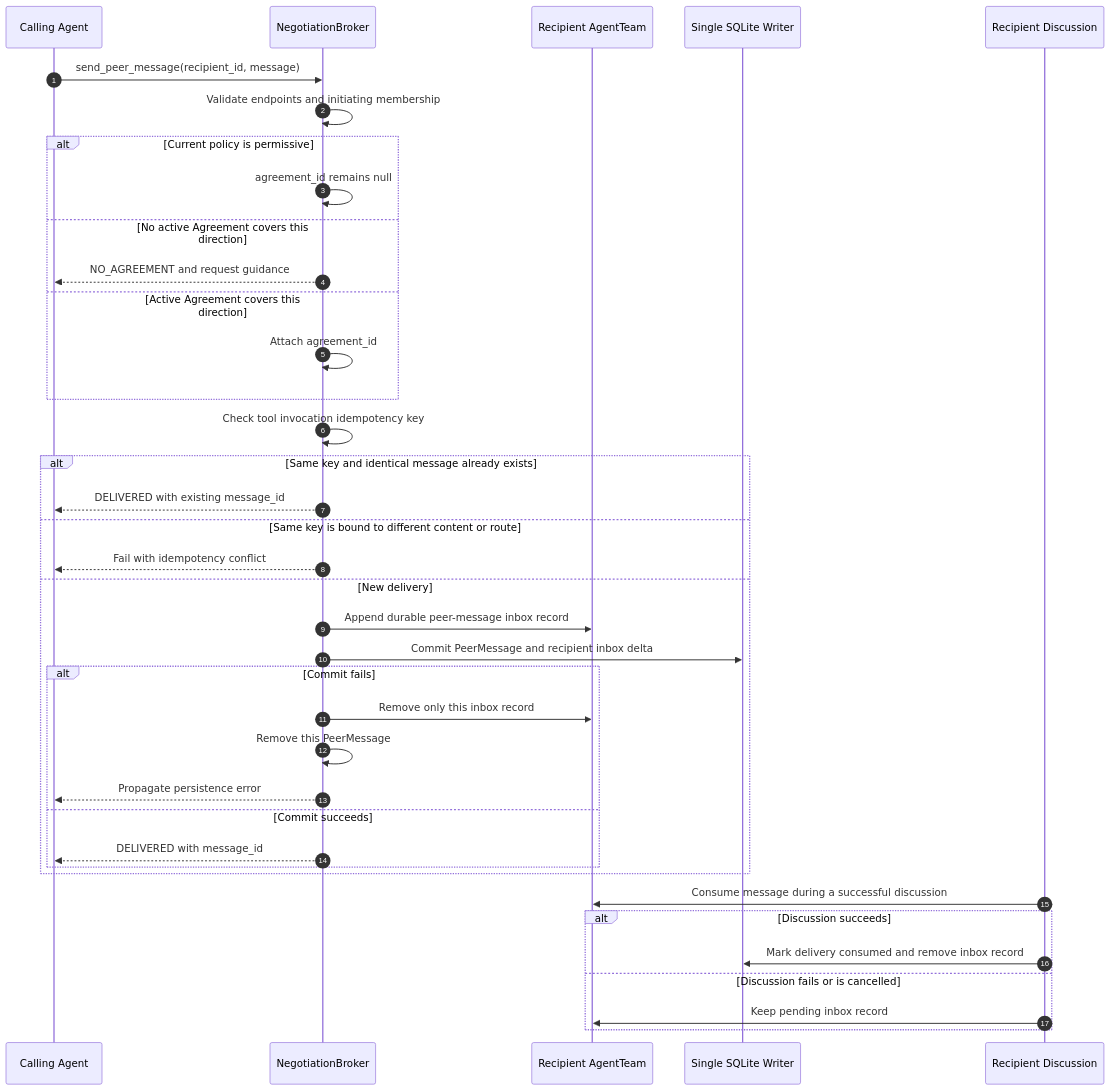
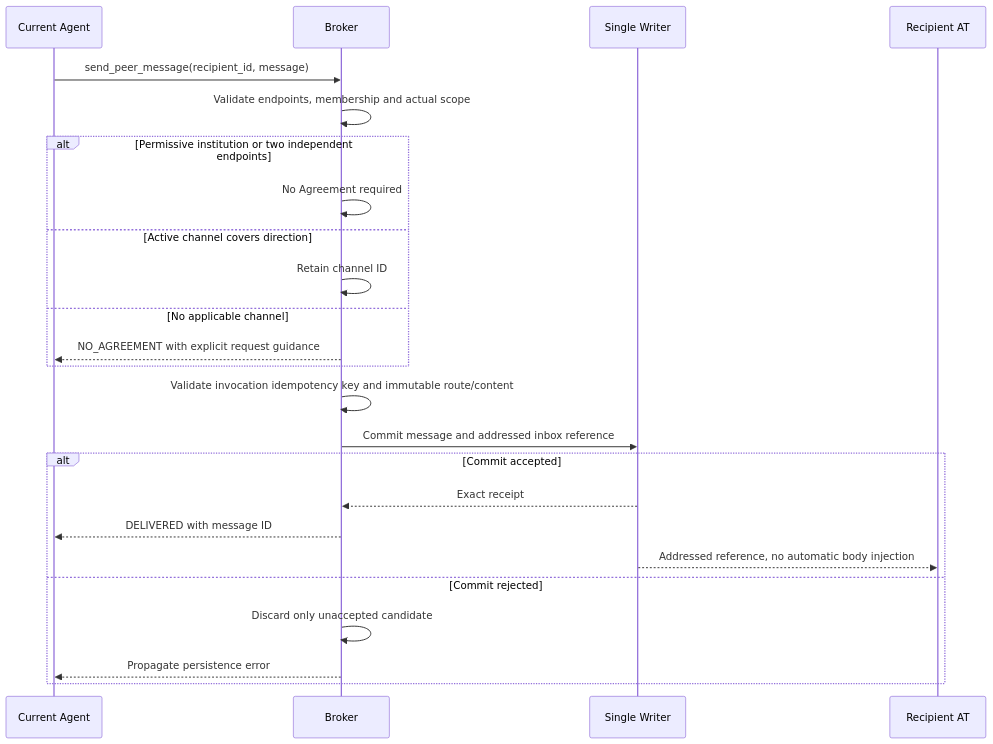
Before and after one commit to AI-Team-Team/AI-Team-Team: the seventh of 9 diagrams in docs/flowcharts/Autonomous_Communication_Governance.md, drawn with Mermaid. The commit also changed other lines of this file and 310 other files, not shown here.

````diff
--- a/docs/flowcharts/Autonomous_Communication_Governance.md
+++ b/docs/flowcharts/Autonomous_Communication_Governance.md
@@ -324,41 +252,26 @@
 ```mermaid
 sequenceDiagram
-    autonumber
-    participant Agent as Calling Agent
-    participant Broker as NegotiationBroker
-    participant Recipient as Recipient AgentTeam
-    participant DB as Single SQLite Writer
-    participant Discussion as Recipient Discussion
-
-    Agent->>Broker: send_peer_message(recipient_id, message)
-    Broker->>Broker: Validate endpoints and initiating membership
-    alt Current policy is permissive
-        Broker->>Broker: agreement_id remains null
-    else No active Agreement covers this direction
-        Broker-->>Agent: NO_AGREEMENT and request guidance
-    else Active Agreement covers this direction
-        Broker->>Broker: Attach agreement_id
+    participant Person as Current Agent
+    participant Broker
+    participant Writer as Single Writer
+    participant Recipient as Recipient AT
+    Person->>Broker: send_peer_message(recipient_id, message)
+    Broker->>Broker: Validate endpoints, membership and actual scope
+    alt Permissive institution or two independent endpoints
+        Broker->>Broker: No Agreement required
+    else Active channel covers direction
+        Broker->>Broker: Retain channel ID
+    else No applicable channel
+        Broker-->>Person: NO_AGREEMENT with explicit request guidance
     end
-    Broker->>Broker: Check tool invocation idempotency key
-    alt Same key and identical message already exists
-        Broker-->>Agent: DELIVERED with existing message_id
-    else Same key is bound to different content or route
-        Broker-->>Agent: Fail with idempotency conflict
-    else New delivery
-        Broker->>Recipient: Append durable peer-message inbox record
-        Broker->>DB: Commit PeerMessage and recipient inbox delta
-        alt Commit fails
-            Broker->>Recipient: Remove only this inbox record
-            Broker->>Broker: Remove this PeerMessage
-            Broker-->>Agent: Propagate persistence error
-        else Commit succeeds
-            Broker-->>Agent: DELIVERED with message_id
-        end
-    end
-    Discussion->>Recipient: Consume message during a successful discussion
-    alt Discussion succeeds
-        Discussion->>DB: Mark delivery consumed and remove inbox record
-    else Discussion fails or is cancelled
-        Discussion->>Recipient: Keep pending inbox record
+    Broker->>Broker: Validate invocation idempotency key and immutable route/content
+    Broker->>Writer: Commit message and addressed inbox reference
+    alt Commit accepted
+        Writer-->>Broker: Exact receipt
+        Broker-->>Person: DELIVERED with message ID
+        Writer-->>Recipient: Addressed reference, no automatic body injection
+    else Commit rejected
+        Broker->>Broker: Discard only unaccepted candidate
+        Broker-->>Person: Propagate persistence error
     end
 ```
````
